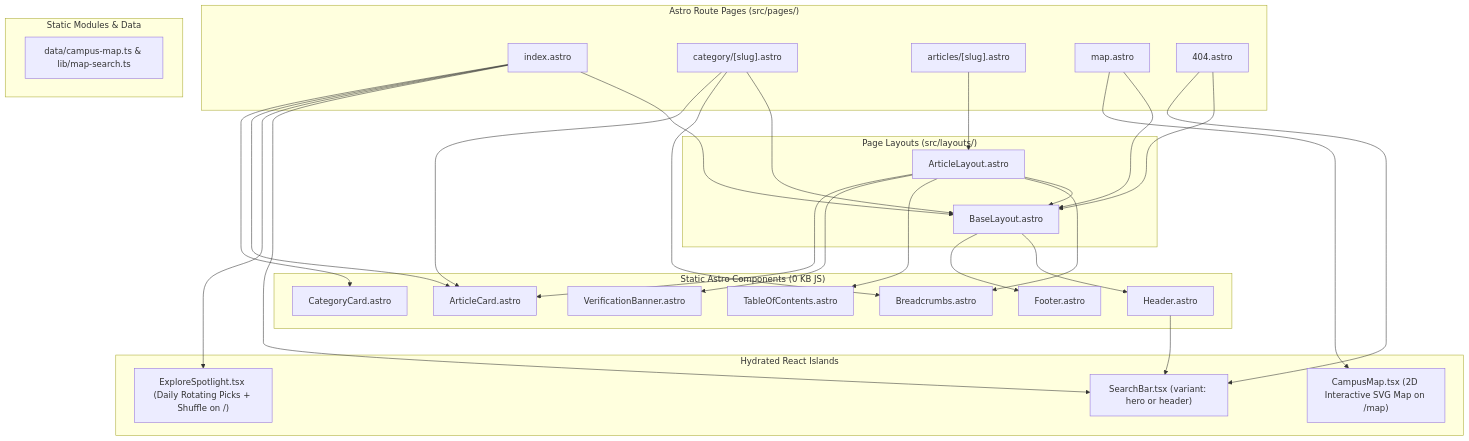
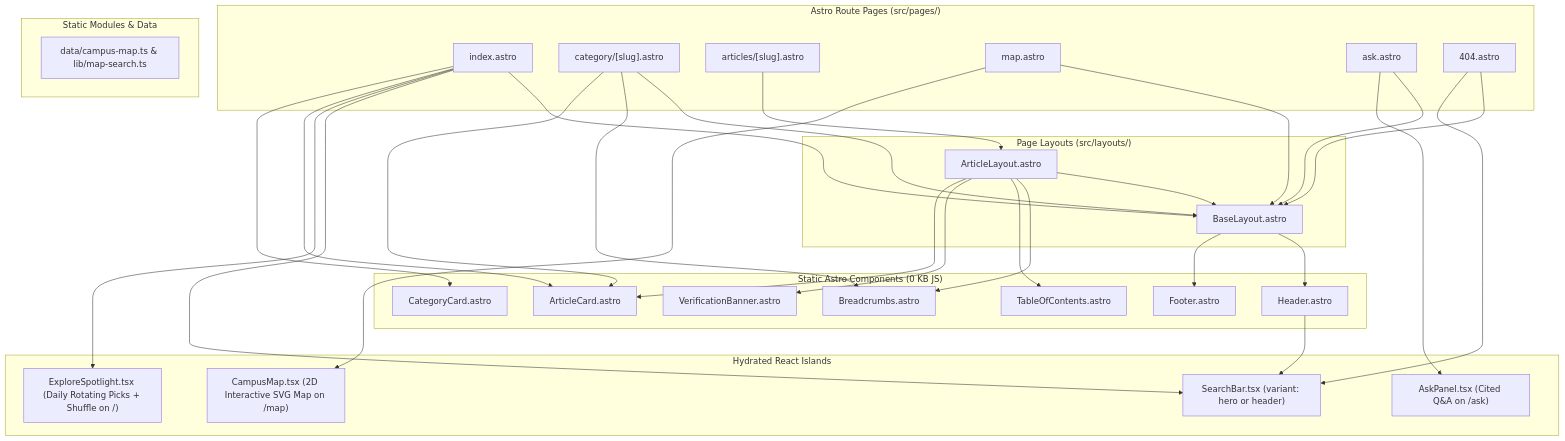
The second of 2 diagrams in ARCHITECTURE.md (bulsutools/geary), drawn with Mermaid before and after one commit. The commit also changed other lines of this file and 21 other files, not shown here.

````diff
--- a/ARCHITECTURE.md
+++ b/ARCHITECTURE.md
@@ -101,62 +104,66 @@
 ```mermaid
 flowchart TD
     subgraph Pages["Astro Route Pages (src/pages/)"]
         P_HOME["index.astro"]
         P_CAT["category/[slug].astro"]
         P_ART["articles/[slug].astro"]
         P_MAP["map.astro"]
+        P_ASK["ask.astro"]
         P_404["404.astro"]
     end
 
     subgraph Layouts["Page Layouts (src/layouts/)"]
         L_BASE["BaseLayout.astro"]
         L_ART["ArticleLayout.astro"]
     end
 
     subgraph StaticComps["Static Astro Components (0 KB JS)"]
         C_HDR["Header.astro"]
         C_FTR["Footer.astro"]
         C_BC["Breadcrumbs.astro"]
         C_CCARD["CategoryCard.astro"]
         C_ACARD["ArticleCard.astro"]
         C_TOC["TableOfContents.astro"]
         C_VER["VerificationBanner.astro"]
     end
 
     subgraph StaticData["Static Modules & Data"]
         D_MAP["data/campus-map.ts & lib/map-search.ts"]
     end
 
     subgraph Islands["Hydrated React Islands"]
         I_SRCH["SearchBar.tsx (variant: hero or header)"]
         I_EXPL["ExploreSpotlight.tsx (Daily Rotating Picks + Shuffle on /)"]
         I_MAP["CampusMap.tsx (2D Interactive SVG Map on /map)"]
+        I_ASK["AskPanel.tsx (Cited Q&A on /ask)"]
     end
 
     P_HOME --> L_BASE
     P_CAT --> L_BASE
     P_MAP --> L_BASE
+    P_ASK --> L_BASE
     P_404 --> L_BASE
     P_ART --> L_ART
     L_ART --> L_BASE
 
     L_BASE --> C_HDR
     L_BASE --> C_FTR
     C_HDR --> I_SRCH
 
     P_HOME --> I_SRCH
     P_HOME --> I_EXPL
     P_HOME --> C_ACARD
     P_HOME --> C_CCARD
 
     P_CAT --> C_BC
     P_CAT --> C_ACARD
 
     L_ART --> C_BC
     L_ART --> C_TOC
     L_ART --> C_VER
     L_ART --> C_ACARD
 
     P_404 --> I_SRCH
     P_MAP --> I_MAP
+    P_ASK --> I_ASK
 ```
````
